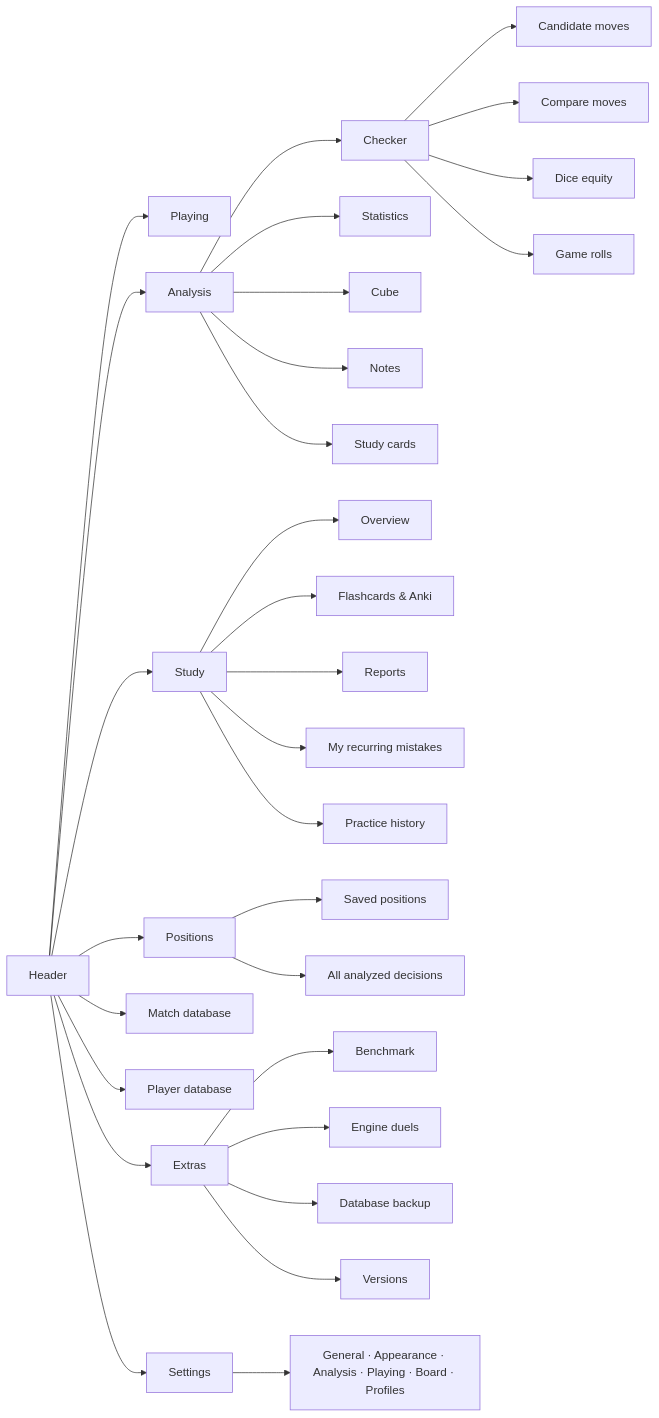
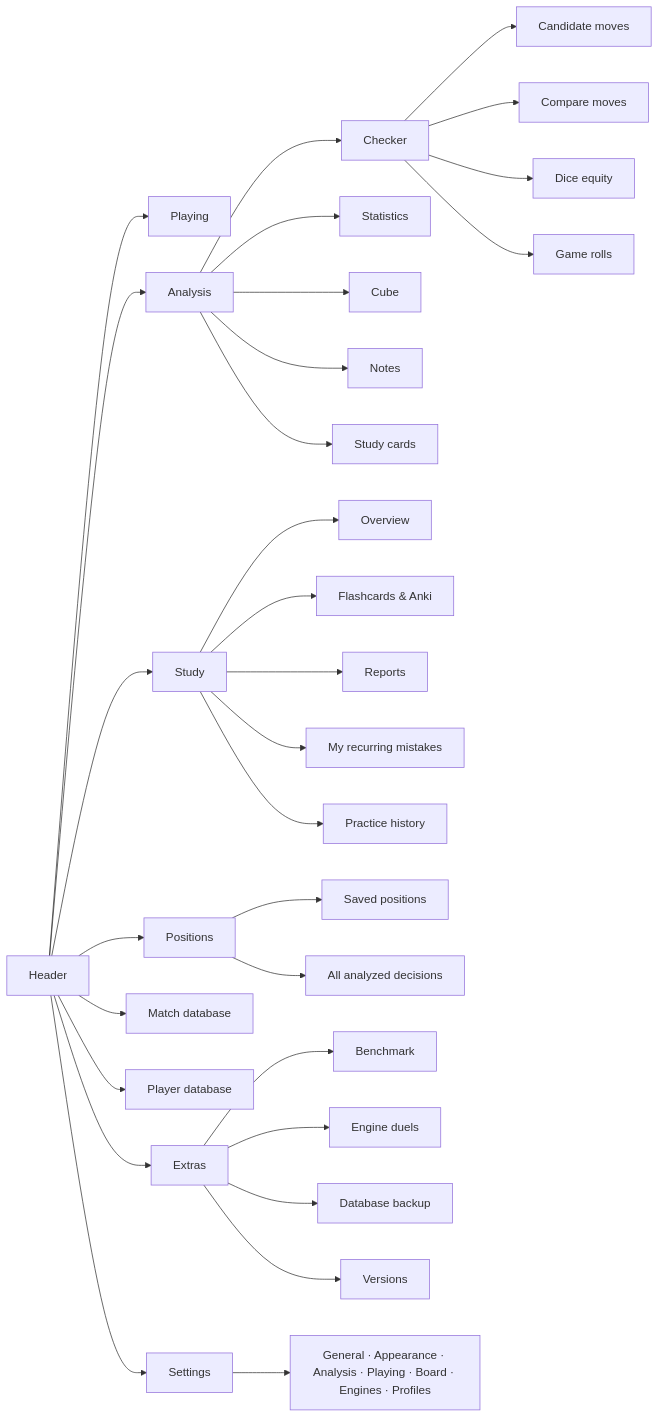
One commit to HendrikReh/neondojo changed the first of 7 diagrams in docs/user-guide/README.md. Above: the diagram before and after it, drawn with Mermaid. The commit also changed other lines of this file and 18 other files, not shown here.

````diff
--- a/docs/user-guide/README.md
+++ b/docs/user-guide/README.md
@@ -59,37 +59,37 @@
 ```mermaid
 flowchart LR
   H["Header"] --> P["Playing"]
   H --> A["Analysis"]
   H --> S["Study"]
   H --> PO["Positions"]
   H --> M["Match database"]
   H --> PL["Player database"]
   H --> E["Extras"]
   H --> SET["Settings"]
 
   A --> A1["Checker"]
   A --> A2["Statistics"]
   A --> A3["Cube"]
   A --> A4["Notes"]
   A --> A5["Study cards"]
   A1 --> A11["Candidate moves"]
   A1 --> A12["Compare moves"]
   A1 --> A13["Dice equity"]
   A1 --> A14["Game rolls"]
 
   S --> S1["Overview"]
   S --> S2["Flashcards & Anki"]
   S --> S3["Reports"]
   S --> S4["My recurring mistakes"]
   S --> S5["Practice history"]
 
   PO --> PO1["Saved positions"]
   PO --> PO2["All analyzed decisions"]
 
   E --> E1["Benchmark"]
   E --> E2["Engine duels"]
   E --> E3["Database backup"]
   E --> E4["Versions"]
 
-  SET --> SET1["General · Appearance · Analysis · Playing · Board · Profiles"]
+  SET --> SET1["General · Appearance · Analysis · Playing · Board · Engines · Profiles"]
 ```
````
